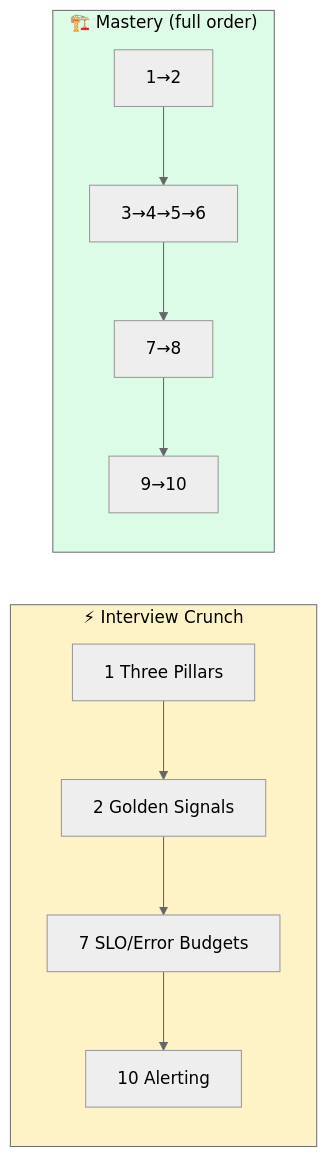
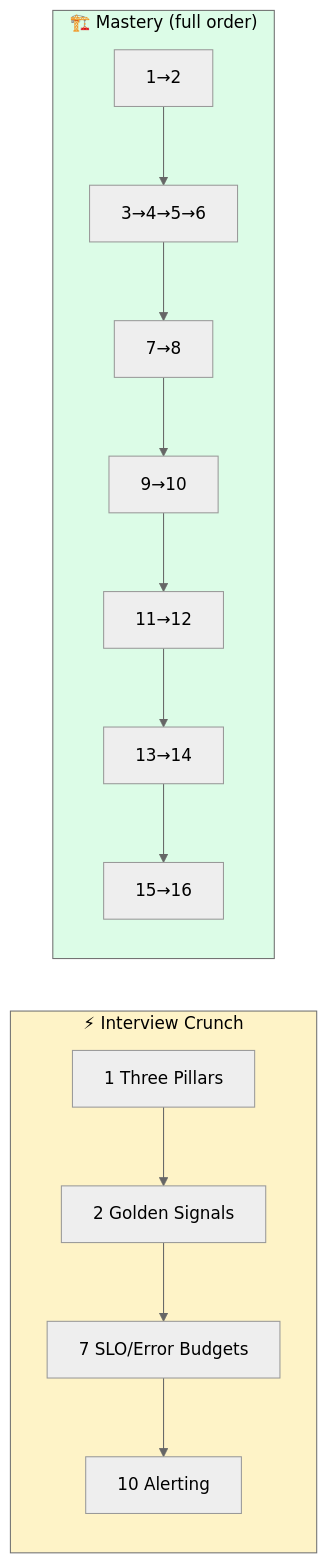
One commit to asishjagana/Interview-Prep-Dump changed the third of 3 diagrams in 12_Monitoring_Logging_Observability/README.md. Above: the diagram before and after it, drawn with Mermaid (neutral theme). The commit also changed other lines of this file and 19 other files, not shown here.

````diff
--- a/12_Monitoring_Logging_Observability/README.md
+++ b/12_Monitoring_Logging_Observability/README.md
@@ -68,11 +125,11 @@
 ```mermaid
 flowchart LR
     subgraph FAST["⚡ Interview Crunch"]
         F1["1 Three Pillars"] --> F2["2 Golden Signals"] --> F3["7 SLO/Error Budgets"] --> F4["10 Alerting"]
     end
     subgraph DEEP["🏗️ Mastery (full order)"]
-        D1["1→2"] --> D2["3→4→5→6"] --> D3["7→8"] --> D4["9→10"]
+        D1["1→2"] --> D2["3→4→5→6"] --> D3["7→8"] --> D4["9→10"] --> D5["11→12"] --> D6["13→14"] --> D7["15→16"]
     end
     style FAST fill:#fef3c7,color:#000
     style DEEP fill:#dcfce7,color:#000
 ```
````
